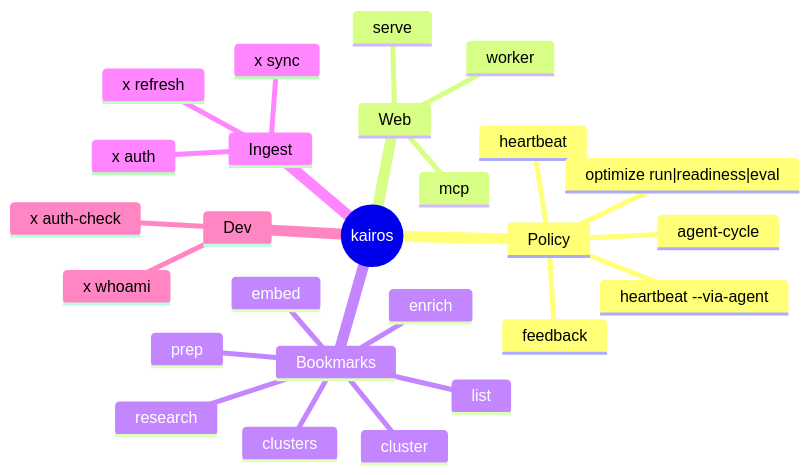
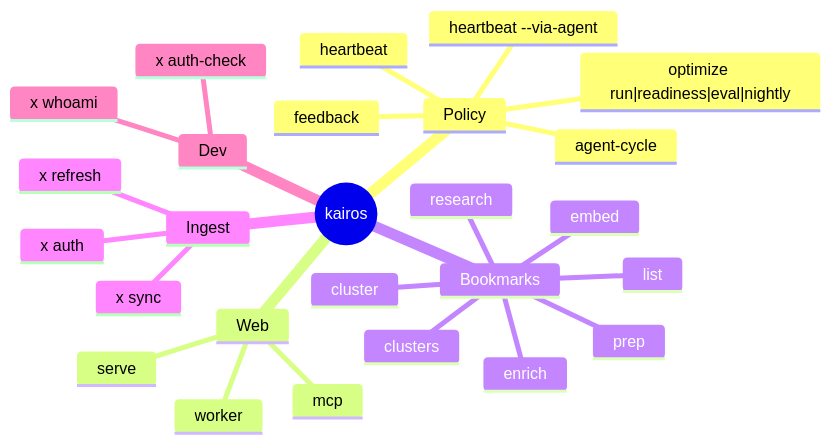
Before and after one commit to Sushmey/Kairos: diagram 15 of 19 in docs/ARCHITECTURE.md, drawn with Mermaid. The commit also changed other lines of this file and 6 other files, not shown here.

````diff
--- a/docs/ARCHITECTURE.md
+++ b/docs/ARCHITECTURE.md
@@ -587,29 +593,29 @@
 ```mermaid
 mindmap
   root((kairos))
     Policy
       heartbeat
       heartbeat --via-agent
       feedback
       agent-cycle
-      optimize run|readiness|eval
+      optimize run|readiness|eval|nightly
     Web
       serve
       mcp
       worker
     Bookmarks
       prep
       list
       enrich
       research
       embed
       cluster
       clusters
     Ingest
       x auth
       x sync
       x refresh
     Dev
       x whoami
       x auth-check
 ```
````
